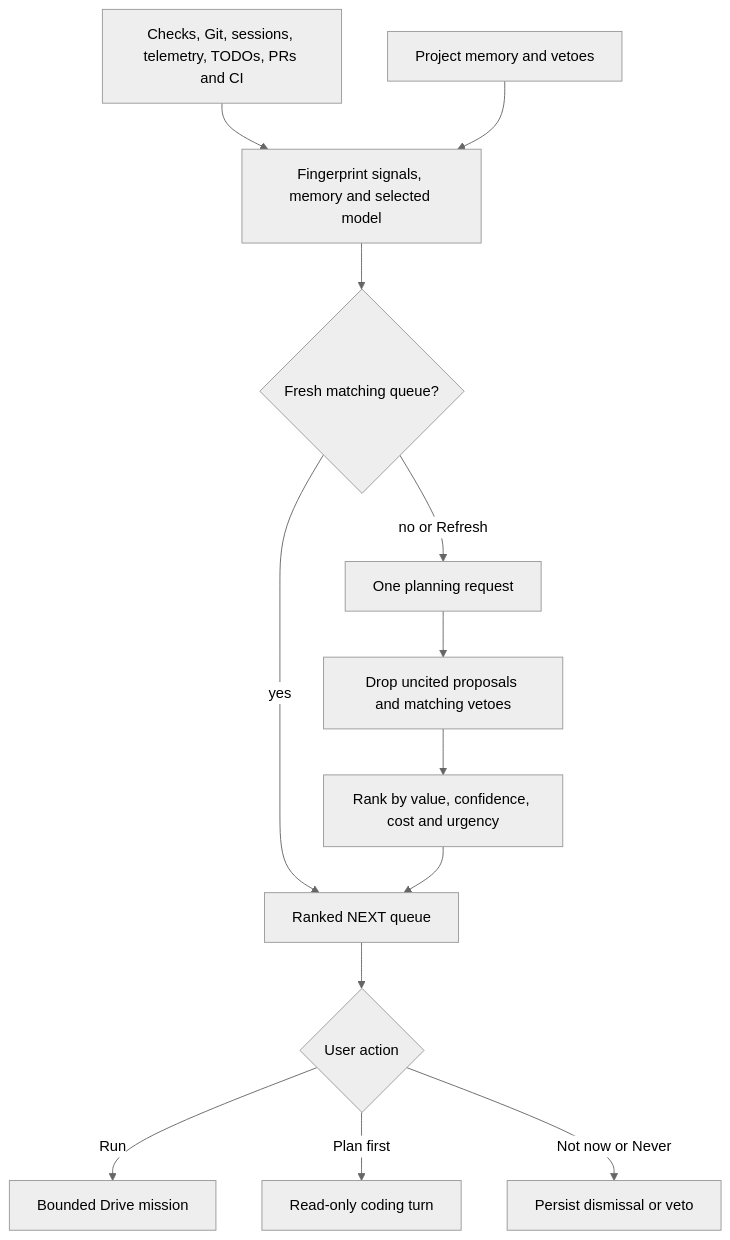
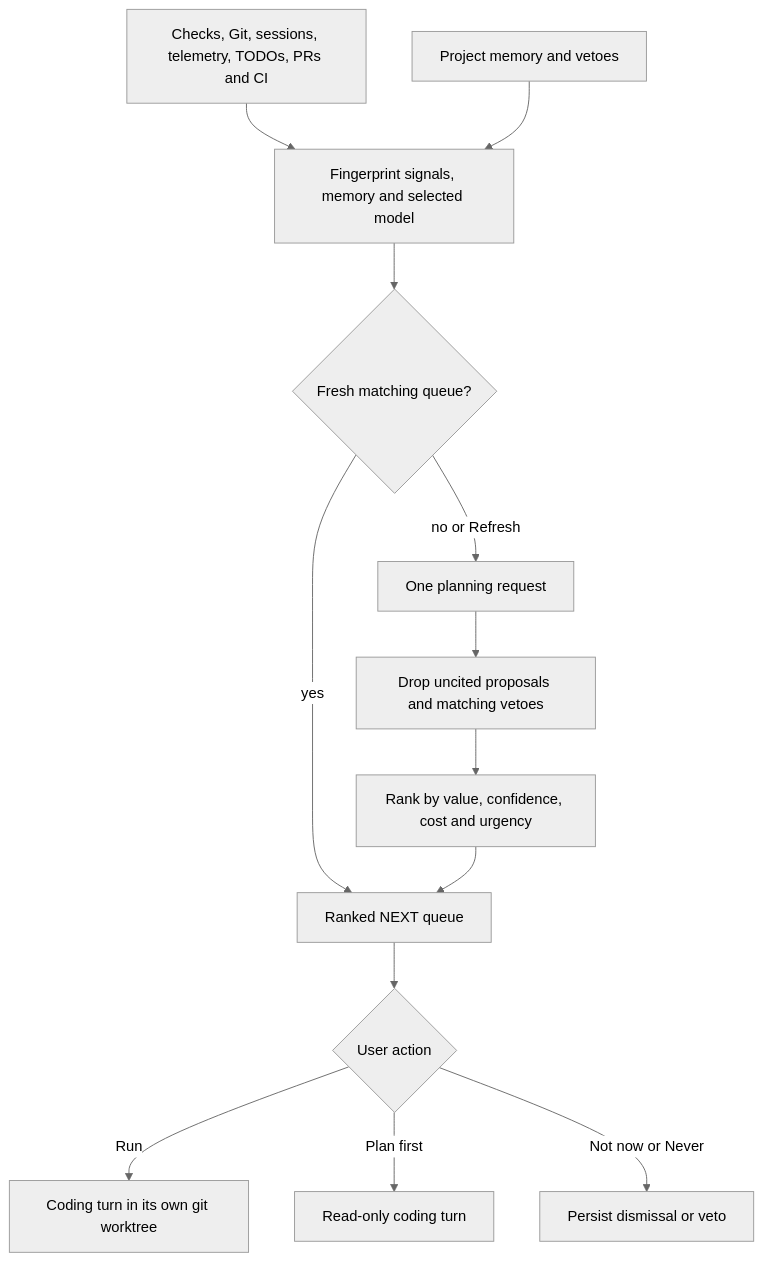
One commit to Shingi-Michael/demesne-cli changed the first of 2 diagrams in docs/agent-drive.md. Above: the diagram before and after it, drawn with Mermaid (neutral theme). The commit also changed other lines of this file and 9 other files, not shown here.

First line of the commit message:
Run Drive Next proposals in their own git worktree

````diff
--- a/docs/agent-drive.md
+++ b/docs/agent-drive.md
@@ -40,15 +40,15 @@
 ```mermaid
 flowchart TD
     Signals[Checks, Git, sessions, telemetry, TODOs, PRs and CI] --> Fingerprint[Fingerprint signals, memory and selected model]
     Memory[Project memory and vetoes] --> Fingerprint
     Fingerprint --> Cache{Fresh matching queue?}
     Cache -->|yes| Queue[Ranked NEXT queue]
     Cache -->|no or Refresh| Model[One planning request]
     Model --> Evidence[Drop uncited proposals and matching vetoes]
     Evidence --> Rank[Rank by value, confidence, cost and urgency]
     Rank --> Queue
     Queue --> Choice{User action}
-    Choice -->|Run| Bounded[Bounded Drive mission]
+    Choice -->|Run| Worktree[Coding turn in its own git worktree]
     Choice -->|Plan first| Plan[Read-only coding turn]
     Choice -->|Not now or Never| Hide[Persist dismissal or veto]
 ```
````
